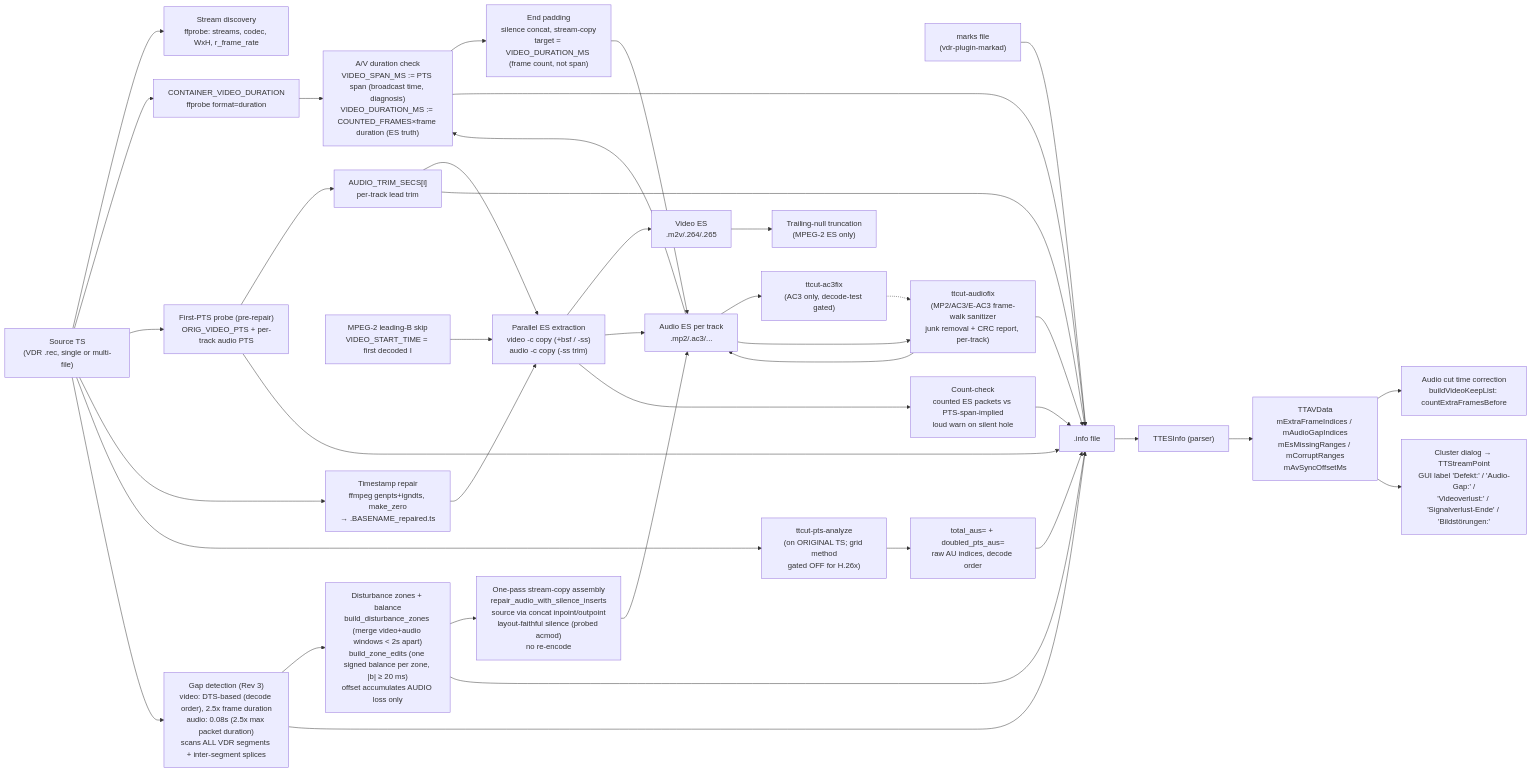
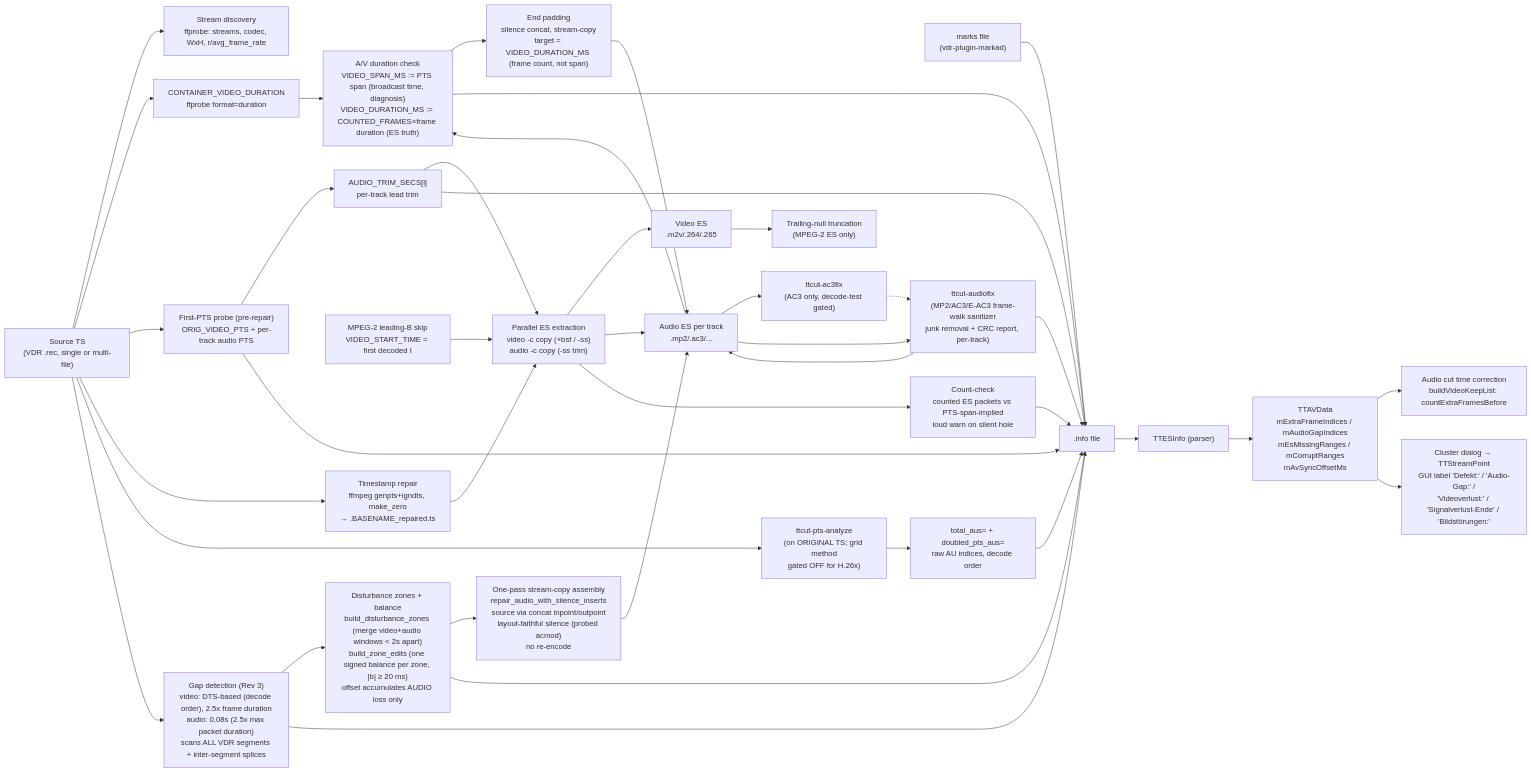
One commit to MINIXJR/TTCut-ng changed the diagram in docs/code-map/ttcut-demux.md. Above: the diagram before and after it, drawn with Mermaid. The commit also changed other lines of this file and 23 other files, not shown here.

First line of the commit message:
Docs: frame-rate source for raw H.26x ES and ttcut-demux

````diff
--- a/docs/code-map/ttcut-demux.md
+++ b/docs/code-map/ttcut-demux.md
@@ -32,70 +32,70 @@
 ```mermaid
 flowchart LR
     TS["Source TS<br/>(VDR .rec, single or multi-file)"]
     MARKS["marks file<br/>(vdr-plugin-markad)"]
-    PROBE["Stream discovery<br/>ffprobe: streams, codec, WxH, r_frame_rate"]
+    PROBE["Stream discovery<br/>ffprobe: streams, codec, WxH, r/avg_frame_rate"]
     CONTDUR["CONTAINER_VIDEO_DURATION<br/>ffprobe format=duration"]
     PTS0["First-PTS probe (pre-repair)<br/>ORIG_VIDEO_PTS + per-track audio PTS"]
     TRIM["AUDIO_TRIM_SECS[i]<br/>per-track lead trim"]
     REPAIR["Timestamp repair<br/>ffmpeg genpts+igndts, make_zero<br/>→ .BASENAME_repaired.ts"]
     EXTRACT["Parallel ES extraction<br/>video -c copy (+bsf / -ss)<br/>audio -c copy (-ss trim)"]
     MPEG2TRIM["MPEG-2 leading-B skip<br/>VIDEO_START_TIME = first decoded I"]
     NULLTRUNC["Trailing-null truncation<br/>(MPEG-2 ES only)"]
     ESV["Video ES<br/>.m2v/.264/.265"]
     ESA["Audio ES per track<br/>.mp2/.ac3/..."]
     PTSA["ttcut-pts-analyze<br/>(on ORIGINAL TS; grid method<br/>gated OFF for H.26x)"]
     EXTRA["total_aus= + doubled_pts_aus=<br/>raw AU indices, decode order"]
     AC3FIX["ttcut-ac3fix<br/>(AC3 only, decode-test gated)"]
     AUDIOFIX["ttcut-audiofix<br/>(MP2/AC3/E-AC3 frame-walk sanitizer<br/>junk removal + CRC report, per-track)"]
     GAPS["Gap detection (Rev 3)<br/>video: DTS-based (decode order), 2.5x frame duration<br/>audio: 0.08s (2.5x max packet duration)<br/>scans ALL VDR segments + inter-segment splices"]
     CLASSIFY["Disturbance zones + balance<br/>build_disturbance_zones (merge video+audio windows &lt; 2s apart)<br/>build_zone_edits (one signed balance per zone, |b| &ge; 20 ms)<br/>offset accumulates AUDIO loss only"]
     ASSEMBLY["One-pass stream-copy assembly<br/>repair_audio_with_silence_inserts<br/>source via concat inpoint/outpoint<br/>layout-faithful silence (probed acmod)<br/>no re-encode"]
     COUNTCHECK["Count-check<br/>counted ES packets vs PTS-span-implied<br/>loud warn on silent hole"]
     DURCHK["A/V duration check<br/>VIDEO_SPAN_MS := PTS span (broadcast time, diagnosis)<br/>VIDEO_DURATION_MS := COUNTED_FRAMES×frame duration (ES truth)"]
     PAD["End padding<br/>silence concat, stream-copy<br/>target = VIDEO_DURATION_MS (frame count, not span)"]
     INFO[".info file"]
     ESINFO["TTESInfo (parser)"]
     AVDATA["TTAVData<br/>mExtraFrameIndices / mAudioGapIndices<br/>mEsMissingRanges / mCorruptRanges<br/>mAvSyncOffsetMs"]
     AUDIOCORR["Audio cut time correction<br/>buildVideoKeepList: countExtraFramesBefore"]
     STREAMPTS["Cluster dialog → TTStreamPoint<br/>GUI label 'Defekt:' / 'Audio-Gap:' /<br/>'Videoverlust:' / 'Signalverlust-Ende' / 'Bildstörungen:'"]
 
     TS --> PROBE
     TS --> CONTDUR
     TS --> PTS0
     PTS0 --> TRIM
     TS --> REPAIR
     REPAIR --> EXTRACT
     MPEG2TRIM --> EXTRACT
     TRIM --> EXTRACT
     EXTRACT --> ESV
     EXTRACT --> ESA
     ESV --> NULLTRUNC
     EXTRACT --> COUNTCHECK
     TS --> PTSA
     PTSA --> EXTRA
     ESA --> AC3FIX
     ESA --> AUDIOFIX
     AC3FIX -.-> AUDIOFIX
     AUDIOFIX --> ESA
     AUDIOFIX --> INFO
     TS --> GAPS
     GAPS --> CLASSIFY
     CLASSIFY --> ASSEMBLY
     ASSEMBLY --> ESA
     CONTDUR --> DURCHK
     ESA --> DURCHK
     DURCHK --> PAD
     PAD --> ESA
     EXTRA --> INFO
     GAPS --> INFO
     CLASSIFY --> INFO
     COUNTCHECK --> INFO
     TRIM --> INFO
     PTS0 --> INFO
     DURCHK --> INFO
     MARKS --> INFO
     INFO --> ESINFO
     ESINFO --> AVDATA
     AVDATA --> AUDIOCORR
     AVDATA --> STREAMPTS
 ```
````
